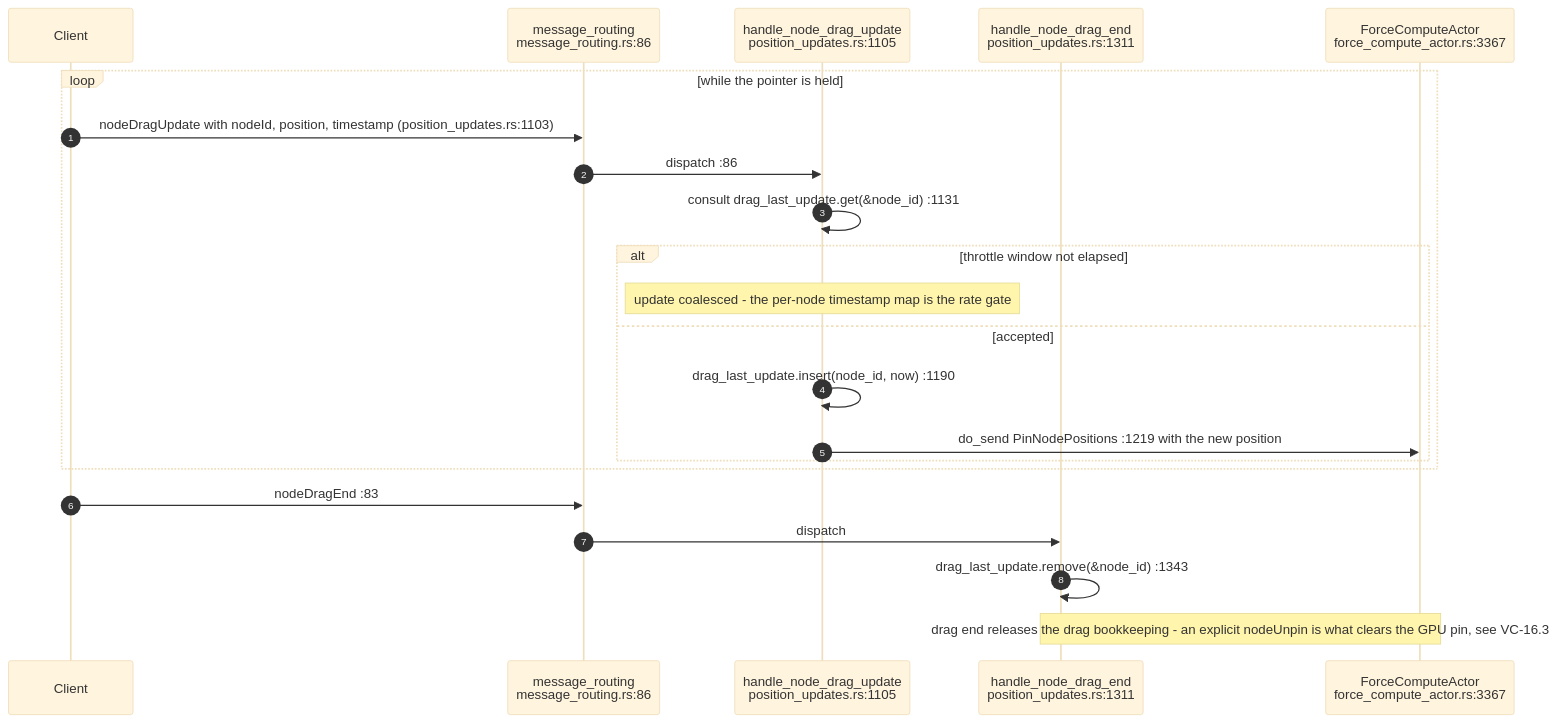
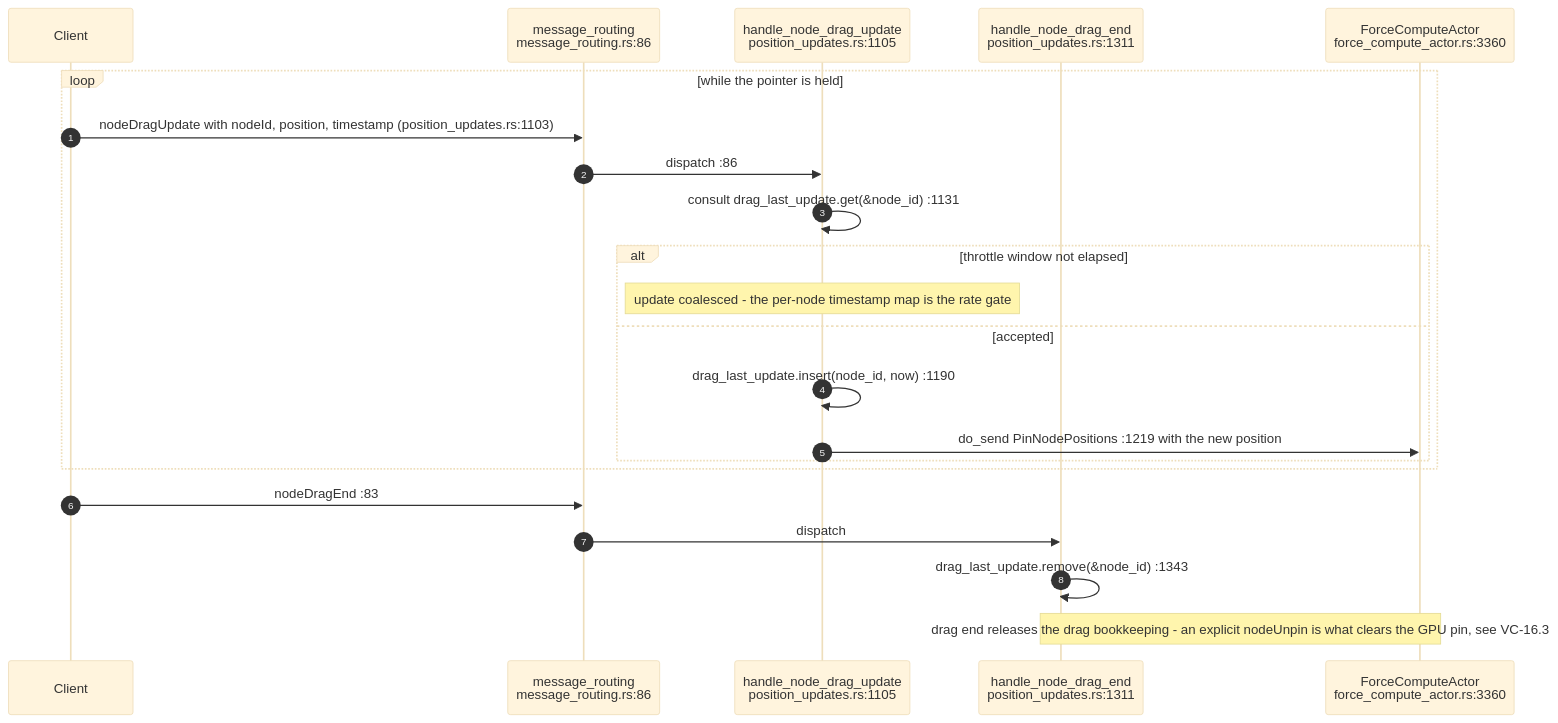
Before and after one commit to DreamLab-AI/VisionFlow: the second of 8 diagrams in docs/diagrams/visionclaw/16-interaction-drag-pin-layout.md, drawn with Mermaid (base theme). The commit also changed other lines of this file and 94 other files, not shown here.

First line of the commit message:
docs(diagrams): re-verify 130 topics against 2 October HEADs

````diff
--- a/docs/diagrams/visionclaw/16-interaction-drag-pin-layout.md
+++ b/docs/diagrams/visionclaw/16-interaction-drag-pin-layout.md
@@ -58,25 +62,25 @@
 ```mermaid
 sequenceDiagram
     autonumber
     participant C as Client
     participant MR as message_routing<br/>message_routing.rs:86
     participant HU as handle_node_drag_update<br/>position_updates.rs:1105
     participant HE as handle_node_drag_end<br/>position_updates.rs:1311
-    participant FCA as ForceComputeActor<br/>force_compute_actor.rs:3367
+    participant FCA as ForceComputeActor<br/>force_compute_actor.rs:3360
 
     loop while the pointer is held
         C->>MR: nodeDragUpdate with nodeId, position, timestamp (position_updates.rs:1103)
         MR->>HU: dispatch :86
         HU->>HU: consult drag_last_update.get(&node_id) :1131
         alt throttle window not elapsed
             Note over HU: update coalesced - the per-node timestamp map is the rate gate
         else accepted
             HU->>HU: drag_last_update.insert(node_id, now) :1190
             HU->>FCA: do_send PinNodePositions :1219 with the new position
         end
     end
     C->>MR: nodeDragEnd :83
     MR->>HE: dispatch
     HE->>HE: drag_last_update.remove(&node_id) :1343
     Note over HE,FCA: drag end releases the drag bookkeeping - an explicit nodeUnpin is what clears the GPU pin, see VC-16.3
 ```
````
